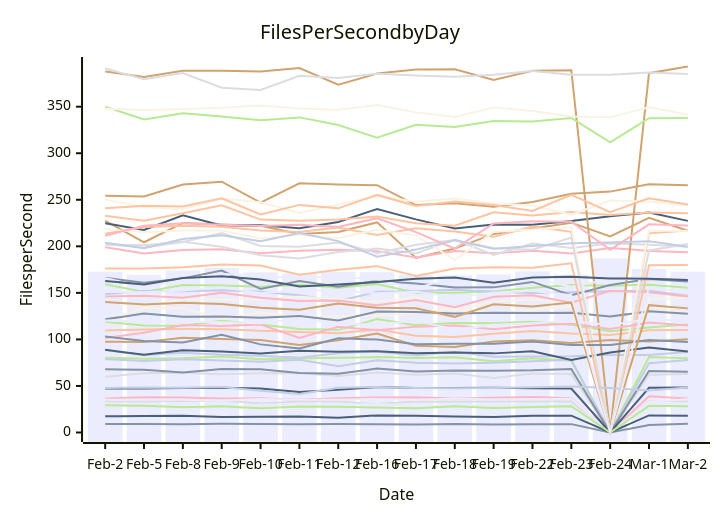
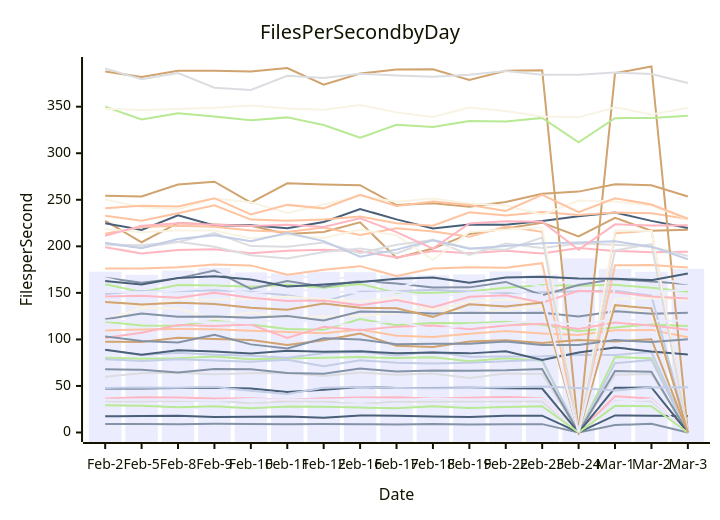
One commit to streetsidesoftware/cspell changed the diagram in perf-report.md. Above: the diagram before and after it, drawn with Mermaid. The commit also changed other lines of this file and 1 other file, not shown here.

````diff
--- a/perf-report.md
+++ b/perf-report.md
@@ -10,57 +10,57 @@
 ```mermaid
 xychart-beta
     title Files Per Second by Day
     y-axis Files per Second
-    x-axis Date [Feb-2, Feb-5, Feb-8, Feb-9, Feb-10, Feb-11, Feb-12, Feb-16, Feb-17, Feb-18, Feb-19, Feb-22, Feb-23, Feb-24, Mar-1, Mar-2]
-    bar [172.76, 169.39, 173.94, 176.68, 172.01, 170.80, 172.59, 172.20, 169.11, 168.97, 169.87, 173.10, 169.52, 187.14, 175.84, 172.73]
-    line [9.14, 9.10, 8.87, 9.39, 9.10, 8.79, 9.11, 8.93, 8.64, 9.05, 8.51, 8.78, 8.98, 0.00, 8.08, 9.30]
-    line [109.65, 110.63, 111.16, 110.94, 109.21, 107.83, 106.68, 110.60, 103.95, 102.58, 106.20, 108.99, 106.23, 104.62, 109.75, 110.24]
-    line [33.23, 33.25, 33.77, 34.38, 31.28, 33.43, 33.24, 30.53, 33.31, 33.04, 33.28, 33.21, 33.17, 0.00, 33.83, 33.53]
-    line [80.34, 79.32, 79.86, 81.63, 78.70, 79.41, 80.42, 80.99, 80.08, 80.78, 76.61, 79.69, 77.15, 0.00, 81.09, 79.76]
-    line [227.45, 204.37, 225.14, 223.42, 222.08, 213.20, 215.50, 225.73, 187.50, 197.59, 213.32, 219.03, 225.40, 210.70, 230.59, 216.76]
-    line [88.66, 83.22, 85.59, 83.52, 82.54, 80.25, 85.24, 86.74, 82.84, 86.83, 81.45, 81.71, 81.96, 83.41, 83.27, 86.38]
-    line [199.11, 192.32, 196.15, 196.80, 192.49, 195.28, 196.29, 194.83, 188.10, 194.84, 192.66, 195.15, 192.32, 198.30, 195.10, 193.76]
-    line [224.86, 217.64, 233.33, 222.49, 222.54, 219.50, 226.16, 240.10, 228.96, 219.08, 223.33, 223.11, 227.19, 232.41, 236.43, 227.34]
-    line [121.09, 133.64, 133.48, 121.84, 129.06, 122.93, 124.68, 125.50, 128.25, 133.90, 127.83, 131.88, 135.36, 0.00, 136.13, 127.67]
-    line [31.08, 29.80, 28.87, 23.26, 29.91, 29.82, 30.05, 30.35, 28.52, 29.28, 29.65, 29.97, 29.42, 0.00, 30.75, 30.31]
-    line [121.54, 127.82, 124.27, 124.62, 123.31, 125.03, 120.42, 129.98, 129.47, 127.87, 128.69, 128.42, 128.71, 124.50, 130.30, 127.54]
-    line [232.76, 227.56, 235.60, 244.14, 228.71, 227.46, 228.82, 232.02, 224.80, 222.16, 236.53, 233.14, 236.87, 233.63, 236.34, 235.42]
-    line [201.87, 201.12, 204.97, 199.43, 190.33, 187.01, 193.91, 197.53, 192.34, 207.35, 190.87, 203.05, 198.23, 203.08, 201.82, 199.42]
-    line [159.34, 150.93, 158.41, 157.97, 156.56, 158.71, 155.41, 159.62, 150.02, 150.05, 151.55, 155.58, 158.55, 157.69, 158.64, 155.43]
-    line [254.20, 253.57, 266.34, 269.39, 246.86, 267.66, 266.35, 265.66, 244.28, 246.16, 242.48, 247.66, 256.36, 258.77, 266.75, 265.54]
-    line [148.70, 151.93, 151.71, 152.93, 151.27, 147.55, 140.92, 151.13, 151.76, 153.31, 151.18, 149.85, 150.69, 151.72, 152.23, 147.00]
-    line [36.65, 37.87, 37.52, 36.62, 36.71, 35.21, 36.78, 37.62, 37.74, 36.57, 37.30, 38.24, 36.77, 0.00, 38.95, 36.53]
-    line [17.39, 17.79, 18.01, 16.74, 16.81, 17.17, 15.81, 18.35, 18.08, 17.18, 16.76, 17.88, 18.10, 0.00, 18.36, 17.88]
-    line [140.14, 135.87, 142.86, 142.75, 143.10, 145.82, 143.11, 140.65, 144.98, 130.98, 140.65, 142.78, 139.39, 0.00, 143.34, 144.48]
-    line [35.24, 35.24, 35.29, 34.51, 36.01, 35.10, 35.21, 35.98, 34.82, 36.43, 35.46, 35.84, 36.34, 0.00, 33.04, 35.60]
-    line [166.16, 160.94, 165.57, 174.04, 154.30, 162.65, 156.66, 162.87, 159.96, 155.64, 155.90, 161.77, 147.50, 158.41, 164.95, 162.21]
-    line [213.40, 220.70, 222.08, 221.01, 216.87, 215.38, 220.23, 212.12, 219.37, 215.84, 210.18, 221.20, 215.57, 0.00, 213.93, 216.92]
-    line [59.94, 63.60, 64.06, 62.64, 63.65, 63.88, 60.68, 64.42, 62.12, 63.28, 58.66, 63.36, 62.75, 0.00, 62.13, 62.93]
-    line [118.96, 114.84, 114.56, 119.99, 116.03, 111.12, 110.27, 121.81, 115.35, 117.70, 117.45, 119.10, 115.72, 108.80, 112.87, 116.15]
-    line [387.86, 381.95, 388.55, 388.50, 387.75, 391.57, 373.53, 385.59, 389.88, 390.09, 378.81, 388.65, 389.04, 0.00, 385.97, 393.17]
-    line [78.73, 76.88, 78.62, 77.47, 76.02, 78.07, 71.09, 77.64, 74.87, 74.07, 74.98, 76.63, 78.24, 0.00, 74.50, 78.01]
-    line [146.04, 146.87, 144.71, 150.09, 144.64, 141.32, 141.68, 136.63, 142.32, 134.55, 145.82, 147.42, 139.34, 152.31, 150.56, 146.06]
-    line [88.85, 83.51, 88.25, 87.06, 84.92, 87.81, 86.69, 87.24, 85.15, 85.90, 85.00, 87.17, 77.95, 85.83, 91.39, 87.06]
-    line [218.52, 215.06, 216.88, 216.99, 208.40, 212.31, 208.84, 217.81, 211.80, 185.28, 215.46, 218.06, 220.51, 0.00, 217.03, 216.54]
-    line [166.07, 155.61, 164.06, 170.66, 167.78, 165.93, 167.97, 164.38, 154.74, 166.79, 161.65, 166.00, 156.64, 164.50, 165.52, 166.31]
-    line [67.83, 67.42, 64.50, 68.29, 67.95, 63.94, 63.10, 68.79, 65.40, 66.62, 66.45, 66.78, 68.09, 0.00, 66.08, 65.18]
-    line [176.27, 176.08, 177.50, 180.37, 179.50, 169.53, 174.82, 178.71, 168.06, 176.19, 177.57, 176.95, 181.84, 0.00, 179.55, 179.86]
-    line [202.30, 198.84, 204.68, 214.35, 200.27, 199.54, 204.14, 192.69, 201.75, 206.87, 197.87, 196.25, 209.40, 0.00, 195.54, 202.38]
-    line [350.02, 336.18, 342.95, 339.36, 335.43, 338.51, 330.30, 316.59, 330.53, 328.24, 334.55, 334.07, 337.95, 311.68, 337.70, 337.83]
-    line [97.62, 97.16, 101.86, 100.35, 99.46, 93.91, 99.01, 106.34, 93.17, 91.86, 97.86, 99.22, 96.08, 99.35, 97.75, 100.18]
-    line [203.85, 198.04, 207.86, 211.91, 205.36, 214.41, 205.57, 188.86, 196.47, 206.41, 197.46, 200.43, 203.43, 204.23, 205.42, 199.64]
-    line [101.57, 107.21, 115.59, 114.29, 115.98, 101.55, 113.56, 109.85, 113.73, 114.86, 110.85, 114.90, 116.94, 111.12, 118.08, 114.85]
-    line [47.29, 47.35, 47.86, 48.05, 47.30, 43.46, 46.02, 48.76, 47.89, 47.85, 48.05, 47.61, 47.20, 0.00, 48.02, 48.37]
-    line [250.17, 242.23, 239.94, 251.24, 247.36, 235.88, 244.92, 253.98, 247.84, 251.30, 245.99, 243.93, 233.93, 249.19, 248.13, 243.87]
-    line [120.43, 119.43, 118.96, 118.43, 117.39, 122.51, 116.51, 115.88, 120.25, 110.42, 115.69, 117.45, 119.97, 115.23, 122.06, 119.72]
-    line [103.18, 98.24, 96.65, 104.96, 94.67, 90.15, 101.17, 99.92, 94.76, 95.38, 95.32, 97.68, 93.94, 94.07, 99.29, 97.25]
-    line [240.95, 243.60, 242.70, 251.69, 234.31, 244.51, 240.78, 255.22, 243.34, 248.23, 244.44, 238.03, 255.33, 236.79, 251.67, 244.89]
-    line [391.09, 379.53, 386.07, 370.43, 367.95, 383.26, 380.80, 385.48, 383.39, 382.12, 384.41, 388.46, 384.20, 384.25, 386.70, 385.21]
-    line [29.20, 28.78, 27.22, 28.25, 25.94, 28.04, 27.66, 26.73, 25.95, 28.09, 26.29, 27.51, 28.29, 0.00, 28.66, 28.18]
-    line [140.20, 137.55, 139.32, 138.06, 134.03, 131.86, 138.50, 133.91, 133.44, 124.24, 137.70, 135.31, 139.52, 0.00, 136.77, 133.34]
-    line [47.79, 48.42, 47.97, 48.95, 44.92, 41.33, 48.11, 48.93, 47.91, 47.47, 47.85, 48.58, 49.42, 47.74, 45.18, 48.29]
-    line [211.45, 222.13, 224.72, 223.26, 221.76, 223.13, 220.88, 230.21, 215.32, 197.56, 224.48, 226.95, 226.51, 196.21, 223.62, 222.29]
-    line [162.82, 158.93, 165.88, 167.89, 164.45, 156.78, 159.08, 161.56, 165.23, 166.55, 160.76, 166.40, 167.25, 165.44, 165.22, 163.69]
-    line [347.78, 346.57, 347.57, 348.75, 351.19, 348.15, 346.62, 351.78, 343.88, 338.94, 349.19, 345.47, 339.39, 338.55, 349.45, 341.50]
-    line [151.10, 150.58, 152.48, 156.02, 149.70, 153.17, 152.51, 149.58, 151.17, 145.28, 150.19, 152.37, 147.43, 0.00, 156.21, 150.30]
+    x-axis Date [Feb-2, Feb-5, Feb-8, Feb-9, Feb-10, Feb-11, Feb-12, Feb-16, Feb-17, Feb-18, Feb-19, Feb-22, Feb-23, Feb-24, Mar-1, Mar-2, Mar-3]
+    bar [172.76, 169.39, 173.94, 176.68, 172.01, 170.80, 172.59, 172.20, 169.11, 168.97, 169.87, 173.10, 169.52, 187.14, 175.84, 172.73, 175.83]
+    line [9.14, 9.10, 8.87, 9.39, 9.10, 8.79, 9.11, 8.93, 8.64, 9.05, 8.51, 8.78, 8.98, 0.00, 8.08, 9.30, 0.00]
+    line [109.65, 110.63, 111.16, 110.94, 109.21, 107.83, 106.68, 110.60, 103.95, 102.58, 106.20, 108.99, 106.23, 104.62, 109.75, 110.24, 102.23]
+    line [33.23, 33.25, 33.77, 34.38, 31.28, 33.43, 33.24, 30.53, 33.31, 33.04, 33.28, 33.21, 33.17, 0.00, 33.83, 33.53, 0.00]
+    line [80.34, 79.32, 79.86, 81.63, 78.70, 79.41, 80.42, 80.99, 80.08, 80.78, 76.61, 79.69, 77.15, 0.00, 81.09, 79.76, 0.00]
+    line [227.45, 204.37, 225.14, 223.42, 222.08, 213.20, 215.50, 225.73, 187.50, 197.59, 213.32, 219.03, 225.40, 210.70, 230.59, 216.76, 217.85]
+    line [88.66, 83.22, 85.59, 83.52, 82.54, 80.25, 85.24, 86.74, 82.84, 86.83, 81.45, 81.71, 81.96, 83.41, 83.27, 86.38, 0.00]
+    line [199.11, 192.32, 196.15, 196.80, 192.49, 195.28, 196.29, 194.83, 188.10, 194.84, 192.66, 195.15, 192.32, 198.30, 195.10, 193.76, 194.27]
+    line [224.86, 217.64, 233.33, 222.49, 222.54, 219.50, 226.16, 240.10, 228.96, 219.08, 223.33, 223.11, 227.19, 232.41, 236.43, 227.34, 219.68]
+    line [121.09, 133.64, 133.48, 121.84, 129.06, 122.93, 124.68, 125.50, 128.25, 133.90, 127.83, 131.88, 135.36, 0.00, 136.13, 127.67, 0.00]
+    line [31.08, 29.80, 28.87, 23.26, 29.91, 29.82, 30.05, 30.35, 28.52, 29.28, 29.65, 29.97, 29.42, 0.00, 30.75, 30.31, 0.00]
+    line [121.54, 127.82, 124.27, 124.62, 123.31, 125.03, 120.42, 129.98, 129.47, 127.87, 128.69, 128.42, 128.71, 124.50, 130.30, 127.54, 128.65]
+    line [232.76, 227.56, 235.60, 244.14, 228.71, 227.46, 228.82, 232.02, 224.80, 222.16, 236.53, 233.14, 236.87, 233.63, 236.34, 235.42, 229.40]
+    line [201.87, 201.12, 204.97, 199.43, 190.33, 187.01, 193.91, 197.53, 192.34, 207.35, 190.87, 203.05, 198.23, 203.08, 201.82, 199.42, 189.65]
+    line [159.34, 150.93, 158.41, 157.97, 156.56, 158.71, 155.41, 159.62, 150.02, 150.05, 151.55, 155.58, 158.55, 157.69, 158.64, 155.43, 151.15]
+    line [254.20, 253.57, 266.34, 269.39, 246.86, 267.66, 266.35, 265.66, 244.28, 246.16, 242.48, 247.66, 256.36, 258.77, 266.75, 265.54, 253.58]
+    line [148.70, 151.93, 151.71, 152.93, 151.27, 147.55, 140.92, 151.13, 151.76, 153.31, 151.18, 149.85, 150.69, 151.72, 152.23, 147.00, 0.00]
+    line [36.65, 37.87, 37.52, 36.62, 36.71, 35.21, 36.78, 37.62, 37.74, 36.57, 37.30, 38.24, 36.77, 0.00, 38.95, 36.53, 0.00]
+    line [17.39, 17.79, 18.01, 16.74, 16.81, 17.17, 15.81, 18.35, 18.08, 17.18, 16.76, 17.88, 18.10, 0.00, 18.36, 17.88, 17.75]
+    line [140.14, 135.87, 142.86, 142.75, 143.10, 145.82, 143.11, 140.65, 144.98, 130.98, 140.65, 142.78, 139.39, 0.00, 143.34, 144.48, 142.96]
+    line [35.24, 35.24, 35.29, 34.51, 36.01, 35.10, 35.21, 35.98, 34.82, 36.43, 35.46, 35.84, 36.34, 0.00, 33.04, 35.60, 0.00]
+    line [166.16, 160.94, 165.57, 174.04, 154.30, 162.65, 156.66, 162.87, 159.96, 155.64, 155.90, 161.77, 147.50, 158.41, 164.95, 162.21, 159.40]
+    line [213.40, 220.70, 222.08, 221.01, 216.87, 215.38, 220.23, 212.12, 219.37, 215.84, 210.18, 221.20, 215.57, 0.00, 213.93, 216.92, 0.00]
+    line [59.94, 63.60, 64.06, 62.64, 63.65, 63.88, 60.68, 64.42, 62.12, 63.28, 58.66, 63.36, 62.75, 0.00, 62.13, 62.93, 0.00]
+    line [118.96, 114.84, 114.56, 119.99, 116.03, 111.12, 110.27, 121.81, 115.35, 117.70, 117.45, 119.10, 115.72, 108.80, 112.87, 116.15, 114.44]
+    line [387.86, 381.95, 388.55, 388.50, 387.75, 391.57, 373.53, 385.59, 389.88, 390.09, 378.81, 388.65, 389.04, 0.00, 385.97, 393.17, 0.00]
+    line [78.73, 76.88, 78.62, 77.47, 76.02, 78.07, 71.09, 77.64, 74.87, 74.07, 74.98, 76.63, 78.24, 0.00, 74.50, 78.01, 0.00]
+    line [146.04, 146.87, 144.71, 150.09, 144.64, 141.32, 141.68, 136.63, 142.32, 134.55, 145.82, 147.42, 139.34, 152.31, 150.56, 146.06, 143.87]
+    line [88.85, 83.51, 88.25, 87.06, 84.92, 87.81, 86.69, 87.24, 85.15, 85.90, 85.00, 87.17, 77.95, 85.83, 91.39, 87.06, 83.83]
+    line [218.52, 215.06, 216.88, 216.99, 208.40, 212.31, 208.84, 217.81, 211.80, 185.28, 215.46, 218.06, 220.51, 0.00, 217.03, 216.54, 0.00]
+    line [166.07, 155.61, 164.06, 170.66, 167.78, 165.93, 167.97, 164.38, 154.74, 166.79, 161.65, 166.00, 156.64, 164.50, 165.52, 166.31, 159.88]
+    line [67.83, 67.42, 64.50, 68.29, 67.95, 63.94, 63.10, 68.79, 65.40, 66.62, 66.45, 66.78, 68.09, 0.00, 66.08, 65.18, 0.00]
+    line [176.27, 176.08, 177.50, 180.37, 179.50, 169.53, 174.82, 178.71, 168.06, 176.19, 177.57, 176.95, 181.84, 0.00, 179.55, 179.86, 177.13]
+    line [202.30, 198.84, 204.68, 214.35, 200.27, 199.54, 204.14, 192.69, 201.75, 206.87, 197.87, 196.25, 209.40, 0.00, 195.54, 202.38, 0.00]
+    line [350.02, 336.18, 342.95, 339.36, 335.43, 338.51, 330.30, 316.59, 330.53, 328.24, 334.55, 334.07, 337.95, 311.68, 337.70, 337.83, 340.31]
+    line [97.62, 97.16, 101.86, 100.35, 99.46, 93.91, 99.01, 106.34, 93.17, 91.86, 97.86, 99.22, 96.08, 99.35, 97.75, 100.18, 0.00]
+    line [203.85, 198.04, 207.86, 211.91, 205.36, 214.41, 205.57, 188.86, 196.47, 206.41, 197.46, 200.43, 203.43, 204.23, 205.42, 199.64, 186.09]
+    line [101.57, 107.21, 115.59, 114.29, 115.98, 101.55, 113.56, 109.85, 113.73, 114.86, 110.85, 114.90, 116.94, 111.12, 118.08, 114.85, 110.32]
+    line [47.29, 47.35, 47.86, 48.05, 47.30, 43.46, 46.02, 48.76, 47.89, 47.85, 48.05, 47.61, 47.20, 0.00, 48.02, 48.37, 0.00]
+    line [250.17, 242.23, 239.94, 251.24, 247.36, 235.88, 244.92, 253.98, 247.84, 251.30, 245.99, 243.93, 233.93, 249.19, 248.13, 243.87, 228.82]
+    line [120.43, 119.43, 118.96, 118.43, 117.39, 122.51, 116.51, 115.88, 120.25, 110.42, 115.69, 117.45, 119.97, 115.23, 122.06, 119.72, 120.43]
+    line [103.18, 98.24, 96.65, 104.96, 94.67, 90.15, 101.17, 99.92, 94.76, 95.38, 95.32, 97.68, 93.94, 94.07, 99.29, 97.25, 100.19]
+    line [240.95, 243.60, 242.70, 251.69, 234.31, 244.51, 240.78, 255.22, 243.34, 248.23, 244.44, 238.03, 255.33, 236.79, 251.67, 244.89, 229.66]
+    line [391.09, 379.53, 386.07, 370.43, 367.95, 383.26, 380.80, 385.48, 383.39, 382.12, 384.41, 388.46, 384.20, 384.25, 386.70, 385.21, 375.42]
+    line [29.20, 28.78, 27.22, 28.25, 25.94, 28.04, 27.66, 26.73, 25.95, 28.09, 26.29, 27.51, 28.29, 0.00, 28.66, 28.18, 0.00]
+    line [140.20, 137.55, 139.32, 138.06, 134.03, 131.86, 138.50, 133.91, 133.44, 124.24, 137.70, 135.31, 139.52, 0.00, 136.77, 133.34, 0.00]
+    line [47.79, 48.42, 47.97, 48.95, 44.92, 41.33, 48.11, 48.93, 47.91, 47.47, 47.85, 48.58, 49.42, 47.74, 45.18, 48.29, 48.71]
+    line [211.45, 222.13, 224.72, 223.26, 221.76, 223.13, 220.88, 230.21, 215.32, 197.56, 224.48, 226.95, 226.51, 196.21, 223.62, 222.29, 222.56]
+    line [162.82, 158.93, 165.88, 167.89, 164.45, 156.78, 159.08, 161.56, 165.23, 166.55, 160.76, 166.40, 167.25, 165.44, 165.22, 163.69, 170.72]
+    line [347.78, 346.57, 347.57, 348.75, 351.19, 348.15, 346.62, 351.78, 343.88, 338.94, 349.19, 345.47, 339.39, 338.55, 349.45, 341.50, 348.85]
+    line [151.10, 150.58, 152.48, 156.02, 149.70, 153.17, 152.51, 149.58, 151.17, 145.28, 150.19, 152.37, 147.43, 0.00, 156.21, 150.30, 153.61]
 ```
````
